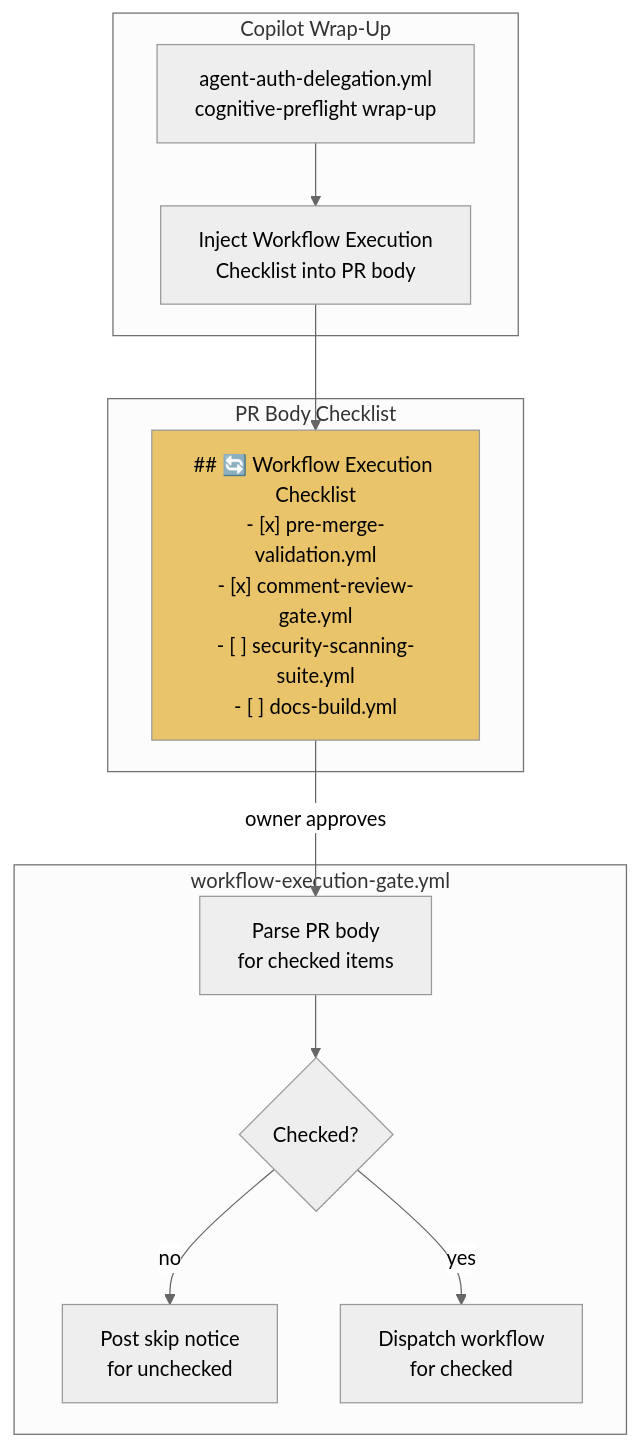
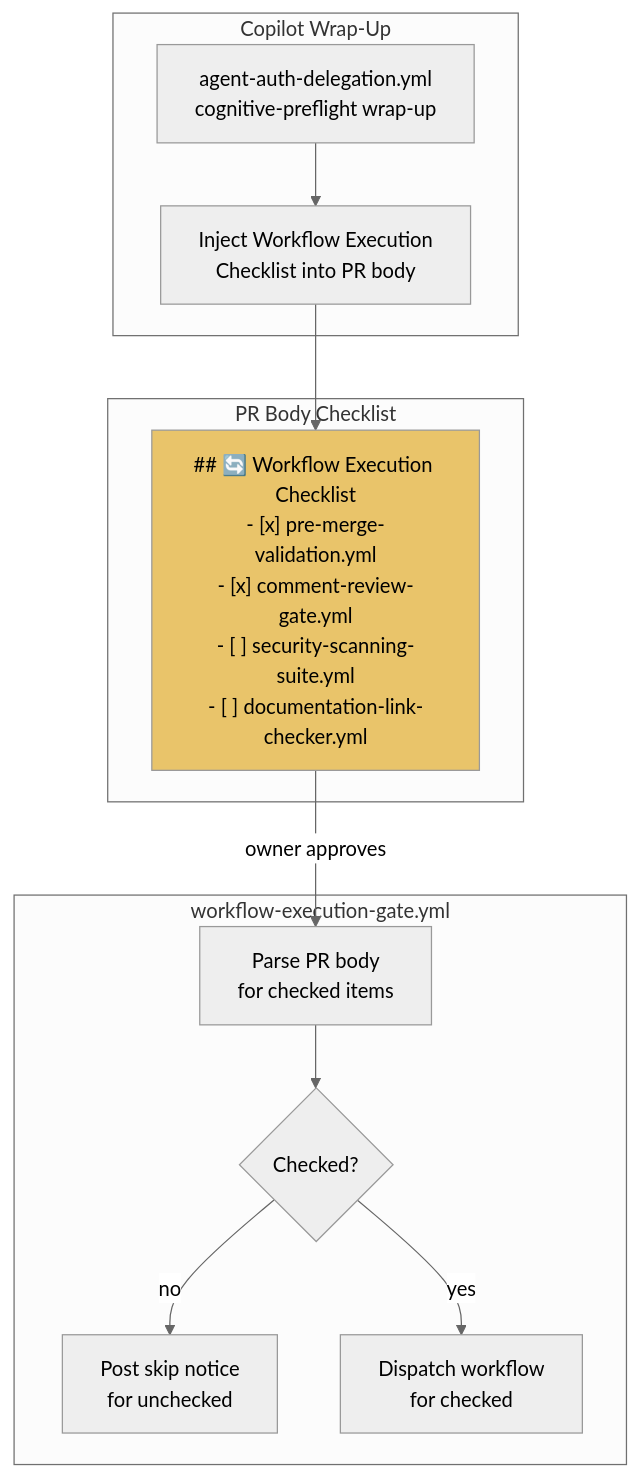
Before and after one commit to Aries-Serpent/_codex_: the sixth of 12 diagrams in docs/CODEBASE_MERMAID_MAPS.md, drawn with Mermaid (neutral theme). The commit also changed other lines of this file and 10 other files, not shown here.

````diff
--- a/docs/CODEBASE_MERMAID_MAPS.md
+++ b/docs/CODEBASE_MERMAID_MAPS.md
@@ -203,26 +203,26 @@
 ```mermaid
 flowchart TD
     subgraph "Copilot Wrap-Up"
         WU[agent-auth-delegation.yml\ncognitive-preflight wrap-up]
         CHK[Inject Workflow Execution\nChecklist into PR body]
     end
 
     subgraph "PR Body Checklist"
-        CB["## 🔄 Workflow Execution Checklist\n- [x] pre-merge-validation.yml\n- [x] comment-review-gate.yml\n- [ ] security-scanning-suite.yml\n- [ ] docs-build.yml"]
+        CB["## 🔄 Workflow Execution Checklist\n- [x] pre-merge-validation.yml\n- [x] comment-review-gate.yml\n- [ ] security-scanning-suite.yml\n- [ ] documentation-link-checker.yml"]
     end
 
     subgraph "workflow-execution-gate.yml"
         PARSE[Parse PR body\nfor checked items]
         RUN{Checked?}
         SKIP_WF[Post skip notice\nfor unchecked]
         DISPATCH[Dispatch workflow\nfor checked]
     end
 
     WU --> CHK --> CB
     CB -->|owner approves| PARSE
     PARSE --> RUN
     RUN -->|yes| DISPATCH
     RUN -->|no| SKIP_WF
 
     style CB fill:#e9c46a,color:#000
 ```
````
